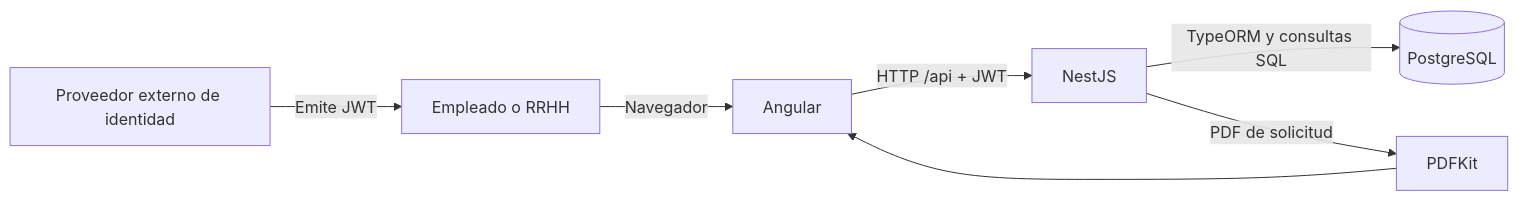
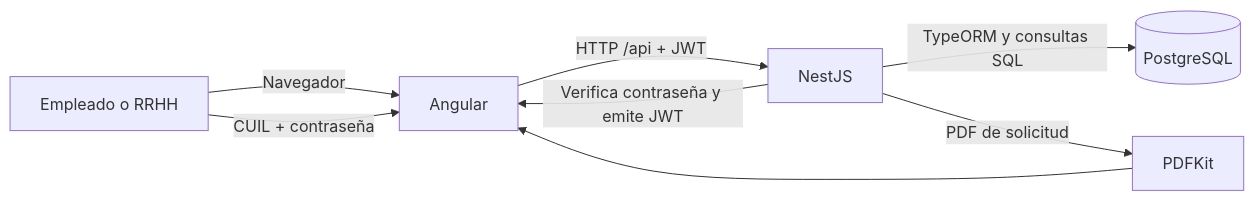
Before and after one commit to guardiasofia/pps-proyecto: the diagram in README.md, drawn with Mermaid. The commit also changed other lines of this file and 21 other files, not shown here.

````diff
--- a/README.md
+++ b/README.md
@@ -32,9 +32,10 @@
 ```mermaid
 flowchart LR
     U[Empleado o RRHH] -->|Navegador| FE[Angular]
     FE -->|HTTP /api + JWT| API[NestJS]
-    IDP[Proveedor externo de identidad] -->|Emite JWT| U
+    U -->|CUIL + contraseña| FE
+    API -->|Verifica contraseña y emite JWT| FE
     API -->|TypeORM y consultas SQL| DB[(PostgreSQL)]
     API -->|PDF de solicitud| PDF[PDFKit]
     PDF --> FE
 ```
````
